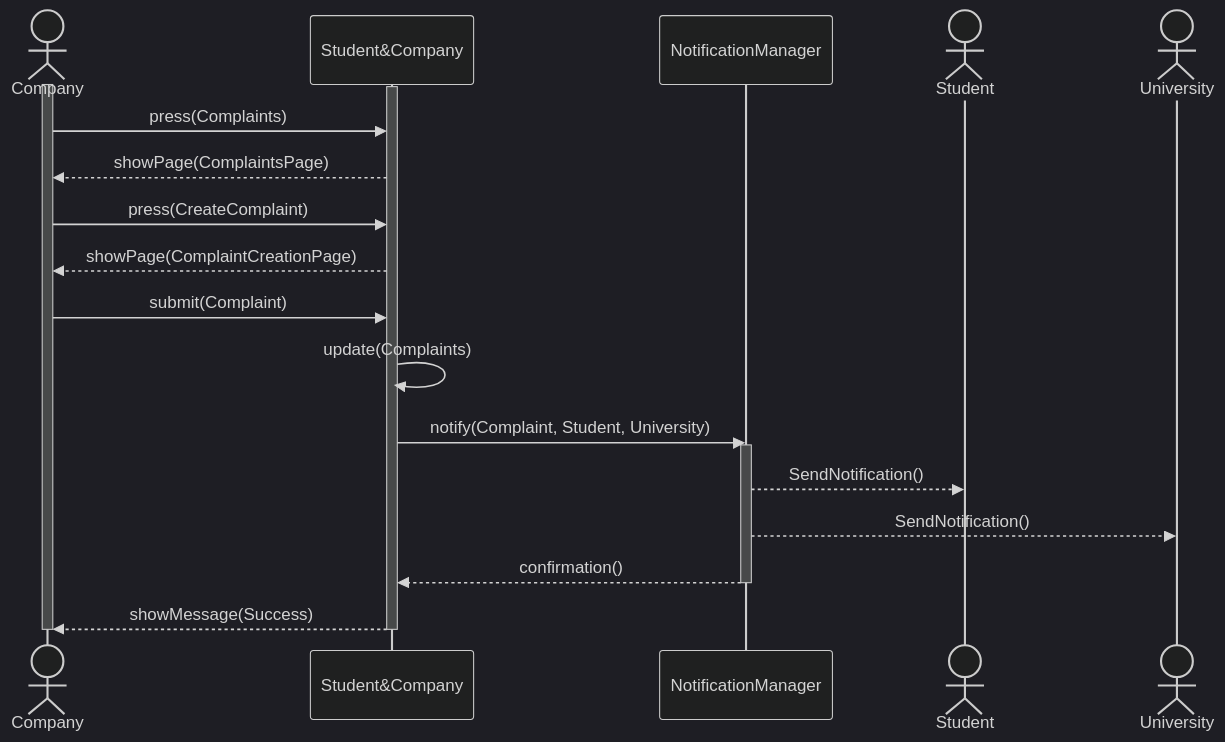
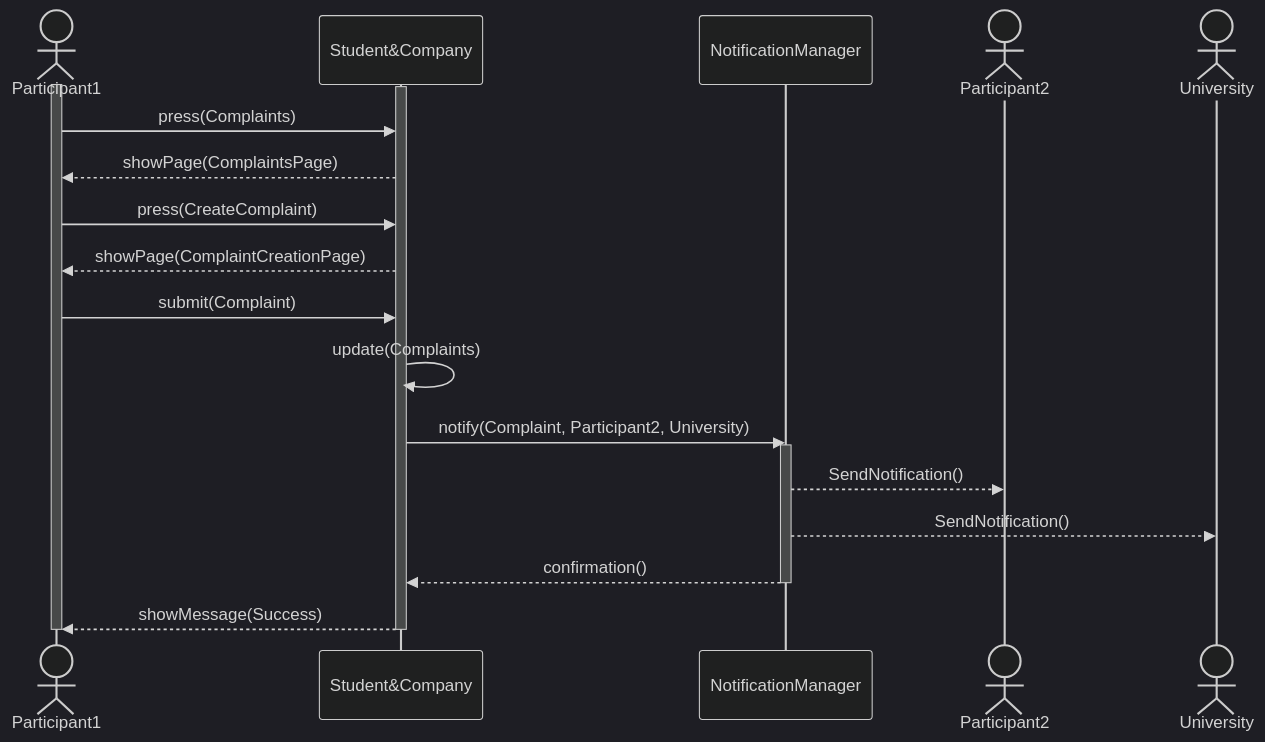
Diagram 11 of 14 in Diagrams/SequenceDiagrams/SequenceDiagrams.md (Slaitroc/RicciPaoliGrisoni), drawn with Mermaid (dark theme) before and after one commit. The commit also changed 2 other files, not shown here.

Commit message:
PublishComplaint Participant refactor

````diff
--- a/Diagrams/SequenceDiagrams/SequenceDiagrams.md
+++ b/Diagrams/SequenceDiagrams/SequenceDiagrams.md
@@ -349,25 +349,25 @@
 ```mermaid
 sequenceDiagram
-    actor Company
+    actor Participant1
     participant Student&Company
     participant NotificationManager
-    actor Student
+    actor Participant2
     actor University
-    activate Company
+    activate Participant1
     activate Student&Company
-    Company ->> Student&Company: press(Complaints)
-    Student&Company -->> Company: showPage(ComplaintsPage)
-    Company ->> Student&Company: press(CreateComplaint)
-    Student&Company -->> Company: showPage(ComplaintCreationPage)
-    Company ->> Student&Company: submit(Complaint)
+    Participant1 ->> Student&Company: press(Complaints)
+    Student&Company -->> Participant1: showPage(ComplaintsPage)
+    Participant1 ->> Student&Company: press(CreateComplaint)
+    Student&Company -->> Participant1: showPage(ComplaintCreationPage)
+    Participant1 ->> Student&Company: submit(Complaint)
     Student&Company ->> Student&Company: update(Complaints)
-    Student&Company ->> NotificationManager: notify(Complaint, Student, University)
+    Student&Company ->> NotificationManager: notify(Complaint, Participant2, University)
     activate NotificationManager
-    NotificationManager -->> Student: SendNotification()
+    NotificationManager -->> Participant2: SendNotification()
     NotificationManager -->> University: SendNotification()
     NotificationManager -->> Student&Company: confirmation()
     deactivate NotificationManager
-    Student&Company -->> Company: showMessage(Success)
+    Student&Company -->> Participant1: showMessage(Success)
     deactivate Student&Company
-    deactivate Company
+    deactivate Participant1
 ```
````
